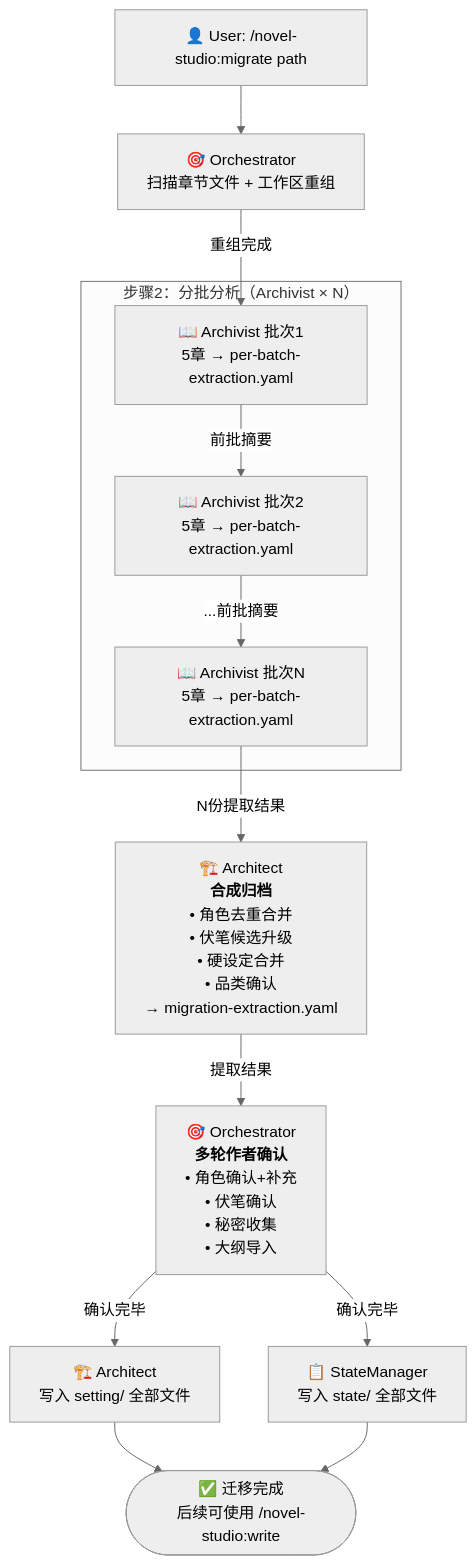
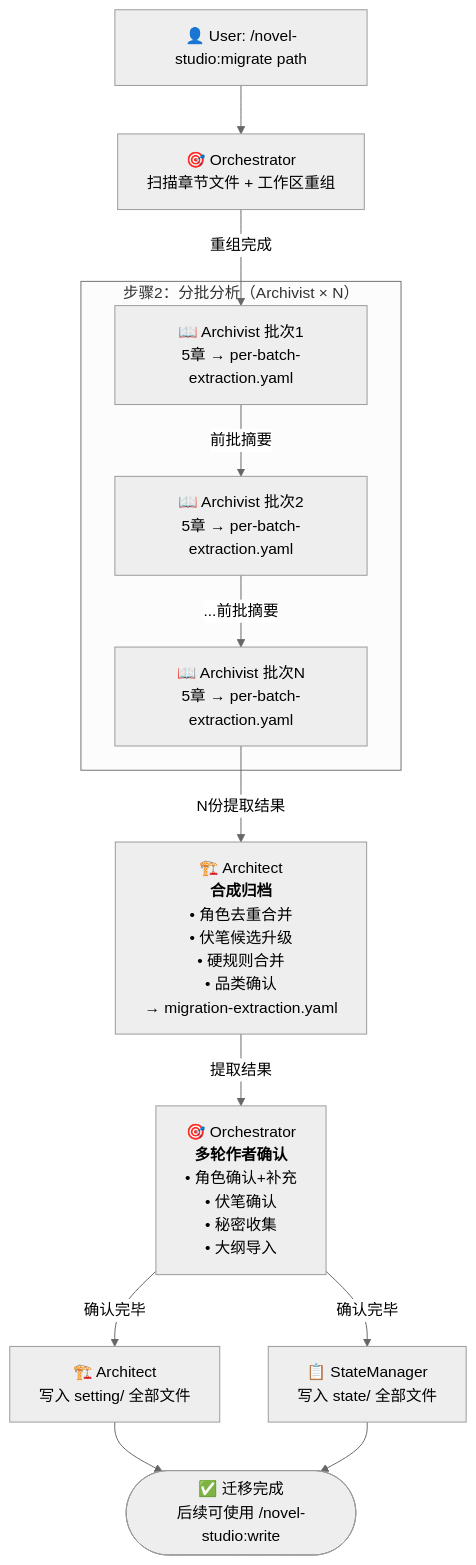
One commit to deathwhispers/novel-studio changed the seventh of 7 diagrams in workflows/pipeline.md. Above: the diagram before and after it, drawn with Mermaid (neutral theme). The commit also changed other lines of this file and 19 other files, not shown here.

````diff
--- a/workflows/pipeline.md
+++ b/workflows/pipeline.md
@@ -177,27 +177,27 @@
 ```mermaid
 flowchart TD
     User["👤 User: /novel-studio:migrate path"]
     Orchestrator["🎯 Orchestrator<br/>扫描章节文件 + 工作区重组"]
 
     User --> Orchestrator
 
     subgraph BatchAnalysis["步骤2：分批分析（Archivist × N）"]
         Archivist1["📖 Archivist 批次1<br/>5章 → per-batch-extraction.yaml"]
         Archivist2["📖 Archivist 批次2<br/>5章 → per-batch-extraction.yaml"]
         ArchivistN["📖 Archivist 批次N<br/>5章 → per-batch-extraction.yaml"]
     end
 
     Orchestrator -->|"重组完成"| Archivist1
     Archivist1 -->|"前批摘要"| Archivist2
     Archivist2 -->|"...前批摘要"| ArchivistN
 
-    ArchivistN -->|"N份提取结果"| Architect["🏗️ Architect<br/><b>合成归档</b><br/>• 角色去重合并<br/>• 伏笔候选升级<br/>• 硬设定合并<br/>• 品类确认<br/>→ migration-extraction.yaml"]
+    ArchivistN -->|"N份提取结果"| Architect["🏗️ Architect<br/><b>合成归档</b><br/>• 角色去重合并<br/>• 伏笔候选升级<br/>• 硬规则合并<br/>• 品类确认<br/>→ migration-extraction.yaml"]
 
     Architect -->|"提取结果"| OrchestratorConfirm["🎯 Orchestrator<br/><b>多轮作者确认</b><br/>• 角色确认+补充<br/>• 伏笔确认<br/>• 秘密收集<br/>• 大纲导入"]
 
     OrchestratorConfirm -->|"确认完毕"| ArchGen["🏗️ Architect<br/>写入 setting/ 全部文件"]
     OrchestratorConfirm -->|"确认完毕"| StateGen["📋 StateManager<br/>写入 state/ 全部文件"]
 
     ArchGen --> Done(["✅ 迁移完成<br/>后续可使用 /novel-studio:write"])
     StateGen --> Done
 ```
````
